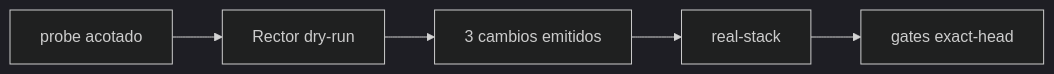
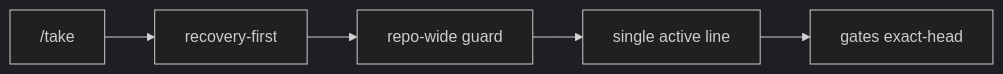
Before and after one commit to pl0n3r/brvtal: the diagram in README.md, drawn with Mermaid (dark theme). The commit also changed other lines of this file and 4 other files, not shown here.

First line of the commit message:
fix(coordination): enforce one active repository work line (v0.1.59) (#699)

````diff
--- a/README.md
+++ b/README.md
@@ -44,7 +43,7 @@
 ```mermaid
 flowchart LR
-  P["probe acotado"] --> R["Rector dry-run"]
-  R --> D["3 cambios emitidos"]
-  D --> T["real-stack"]
-  T --> V["gates exact-head"]
+  T["/take"] --> R["recovery-first"]
+  R --> G["repo-wide guard"]
+  G --> L["single active line"]
+  L --> V["gates exact-head"]
 ```
````
